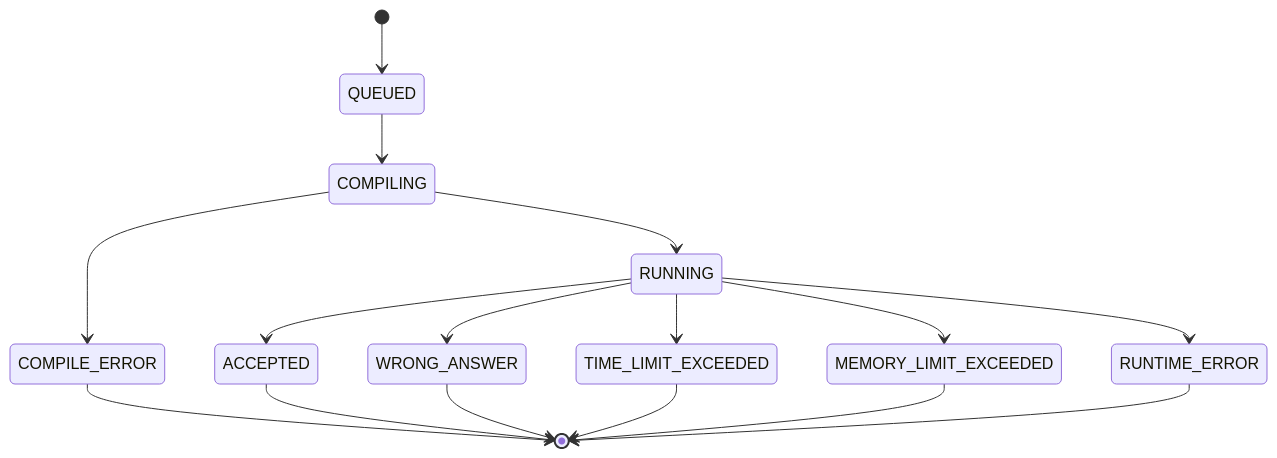
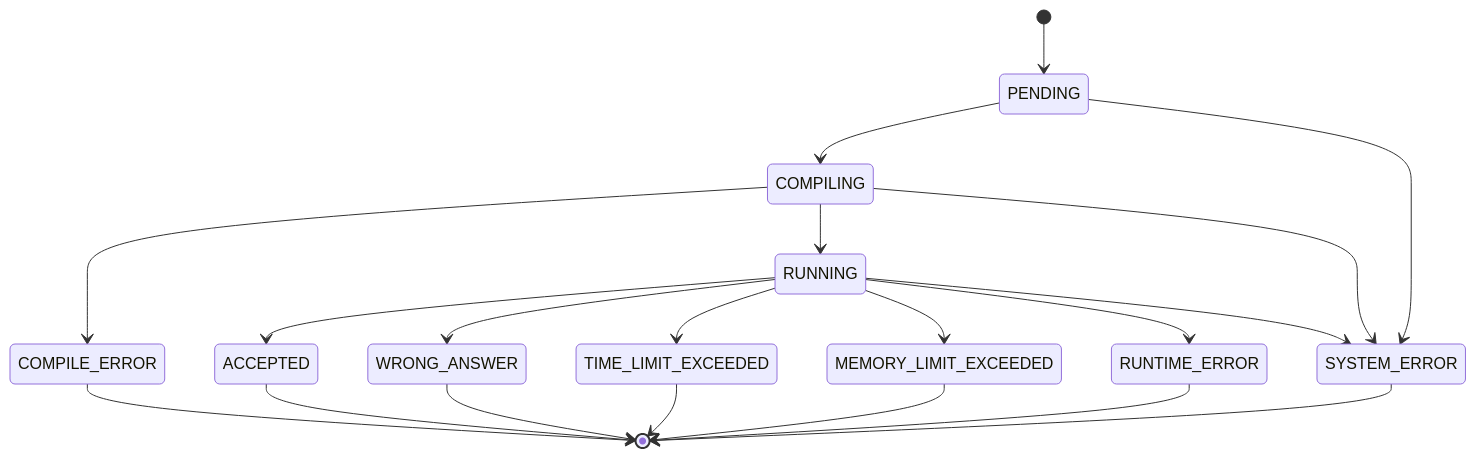
The diagram in executor/README.md (carbon77/CodeLoom), drawn with Mermaid before and after one commit. The commit also changed other lines of this file and 53 other files, not shown here.

````diff
--- a/executor/README.md
+++ b/executor/README.md
@@ -62,20 +62,24 @@
 ```mermaid
 stateDiagram-v2
-    [*] --> QUEUED
+    [*] --> PENDING
     
-    QUEUED --> COMPILING
+    PENDING --> COMPILING
+    PENDING --> SYSTEM_ERROR
     COMPILING --> COMPILE_ERROR
     COMPILING --> RUNNING
+    COMPILING --> SYSTEM_ERROR
     RUNNING --> ACCEPTED
     RUNNING --> WRONG_ANSWER
     RUNNING --> TIME_LIMIT_EXCEEDED
     RUNNING --> MEMORY_LIMIT_EXCEEDED
     RUNNING --> RUNTIME_ERROR
+    RUNNING --> SYSTEM_ERROR
     
     COMPILE_ERROR --> [*]
     ACCEPTED --> [*]
     WRONG_ANSWER --> [*]
     TIME_LIMIT_EXCEEDED --> [*]
     MEMORY_LIMIT_EXCEEDED --> [*]
     RUNTIME_ERROR --> [*]
+    SYSTEM_ERROR --> [*]
 ```
````
